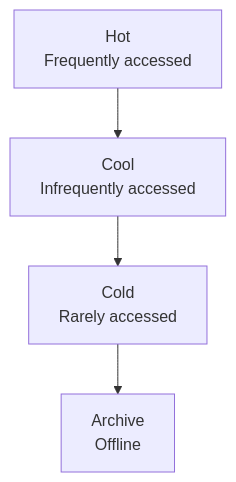
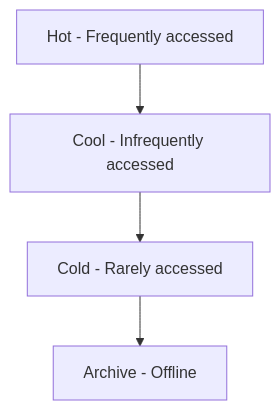
Before and after one commit to zhyordanova/azure-fundamentals-handbook: the ninth of 22 diagrams in exam/concept-map/concept-map.md, drawn with Mermaid.

Commit message:
docs(exam): standardize concept map with Mermaid diagrams

````diff
--- a/exam/concept-map/concept-map.md
+++ b/exam/concept-map/concept-map.md
@@ -208,11 +208,11 @@
 ```mermaid
 flowchart TD
-    HOT["Hot<br>Frequently accessed"]
-    COOL["Cool<br>Infrequently accessed"]
-    COLD["Cold<br>Rarely accessed"]
-    ARCHIVE["Archive<br>Offline"]
+    HOT["Hot - Frequently accessed"]
+    COOL["Cool - Infrequently accessed"]
+    COLD["Cold - Rarely accessed"]
+    ARCHIVE["Archive - Offline"]
 
     HOT --> COOL
     COOL --> COLD
     COLD --> ARCHIVE
 ```
````
